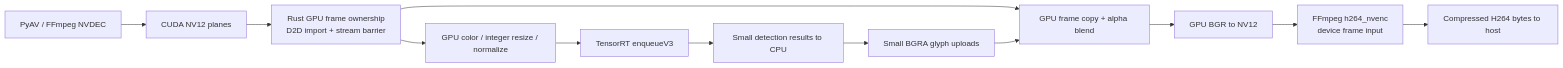
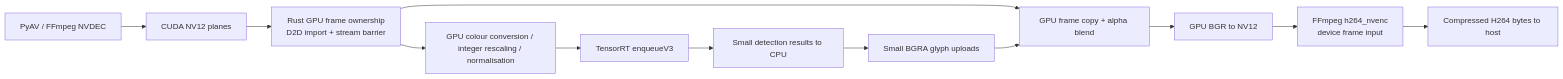
Before and after one commit to yihong1120/Construction-Hazard-Detection: the diagram in native/inference/README.md, drawn with Mermaid. The commit also changed other lines of this file and 63 other files, not shown here.

````diff
--- a/native/inference/README.md
+++ b/native/inference/README.md
@@ -321,14 +223,14 @@
 ```mermaid
 flowchart LR
     A[PyAV / FFmpeg NVDEC] --> B[CUDA NV12 planes]
     B --> C[Rust GPU frame ownership<br/>D2D import + stream barrier]
-    C --> D[GPU color / integer resize / normalize]
+    C --> D[GPU colour conversion / integer rescaling / normalisation]
     D --> E[TensorRT enqueueV3]
     E --> F[Small detection results to CPU]
     F --> G[Small BGRA glyph uploads]
     C --> H[GPU frame copy + alpha blend]
     G --> H
     H --> I[GPU BGR to NV12]
     I --> J[FFmpeg h264_nvenc<br/>device frame input]
     J --> K[Compressed H264 bytes to host]
 ```
````
